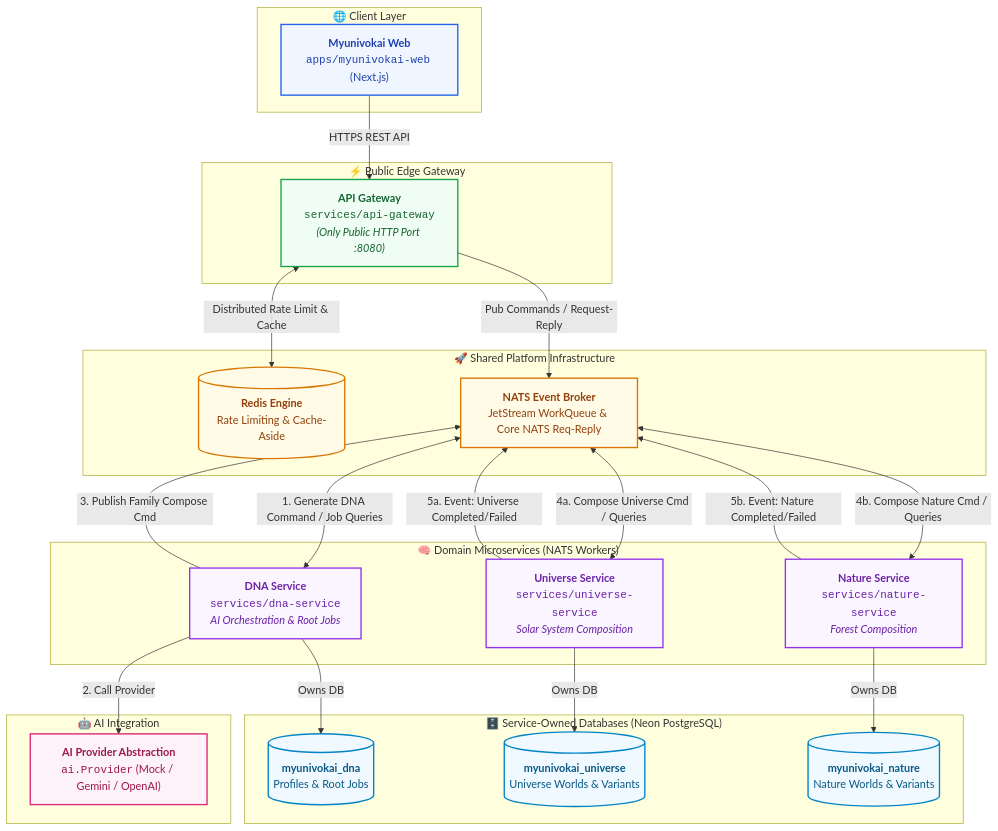
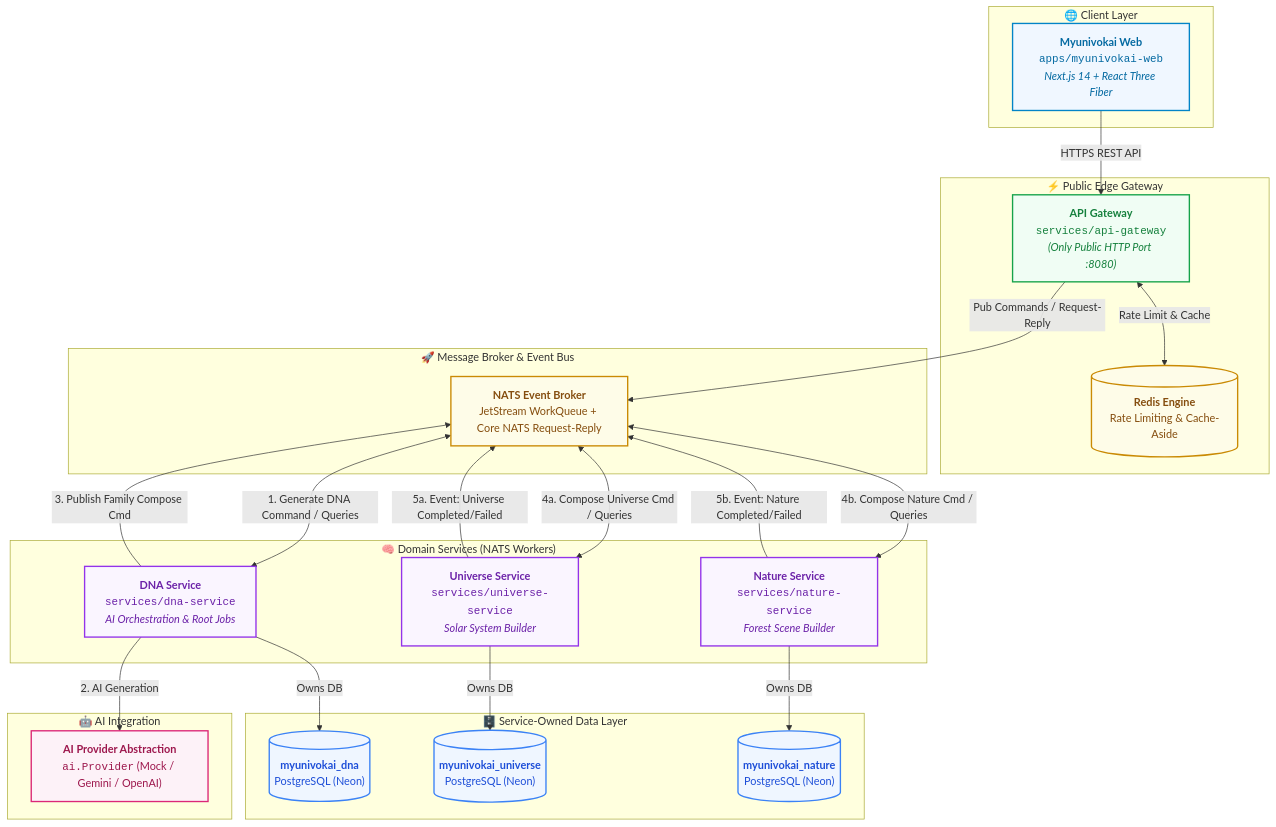
Before and after one commit to TuanTran0168/myunivokai: the diagram in README.md, drawn with Mermaid. The commit also changed other lines of this file, not shown here.

Commit message:
[UPDATE][DOCS][staging]: Streamline README content and refine architecture Mermaid diagram

````diff
--- a/README.md
+++ b/README.md
@@ -10,58 +7,58 @@
 ```mermaid
 flowchart TB
-  %% Class Definitions & Styling
-  classDef clientStyle fill:#eff6ff,stroke:#2563eb,stroke-width:2px,color:#1e40af;
-  classDef edgeStyle fill:#f0fdf4,stroke:#16a34a,stroke-width:2px,color:#166534;
-  classDef infraStyle fill:#fffbe6,stroke:#d97706,stroke-width:2px,color:#92400e;
-  classDef domainStyle fill:#faf5ff,stroke:#9333ea,stroke-width:2px,color:#6b21a8;
-  classDef aiStyle fill:#fdf2f8,stroke:#db2777,stroke-width:2px,color:#9d174d;
-  classDef dbStyle fill:#f0f9ff,stroke:#0284c7,stroke-width:2px,color:#075985;
+  %% Styling Tokens
+  classDef client fill:#f0f7ff,stroke:#0284c7,stroke-width:2px,color:#0369a1;
+  classDef edge fill:#f0fdf4,stroke:#16a34a,stroke-width:2px,color:#15803d;
+  classDef infra fill:#fefce8,stroke:#ca8a04,stroke-width:2px,color:#854d0e;
+  classDef domain fill:#faf5ff,stroke:#9333ea,stroke-width:2px,color:#6b21a8;
+  classDef ai fill:#fdf2f8,stroke:#db2777,stroke-width:2px,color:#9d174d;
+  classDef db fill:#eff6ff,stroke:#3b82f6,stroke-width:2px,color:#1d4ed8;
 
-  subgraph Client ["🌐 Client Layer"]
-    web["<b>Myunivokai Web</b><br/><code>apps/myunivokai-web</code> (Next.js)"]:::clientStyle
+  subgraph Layer1 ["🌐 Client Layer"]
+    web["<b>Myunivokai Web</b><br/><code>apps/myunivokai-web</code><br/><i>Next.js 14 + React Three Fiber</i>"]:::client
   end
 
-  subgraph Edge ["⚡ Public Edge Gateway"]
-    gateway["<b>API Gateway</b><br/><code>services/api-gateway</code><br/><i>(Only Public HTTP Port :8080)</i>"]:::edgeStyle
+  subgraph Layer2 ["⚡ Public Edge Gateway"]
+    gateway["<b>API Gateway</b><br/><code>services/api-gateway</code><br/><i>(Only Public HTTP Port :8080)</i>"]:::edge
+    redis[("<b>Redis Engine</b><br/>Rate Limiting & Cache-Aside")]:::infra
   end
 
-  subgraph Infra ["🚀 Shared Platform Infrastructure"]
-    redis[("<b>Redis Engine</b><br/>Rate Limiting & Cache-Aside")]:::infraStyle
-    nats["<b>NATS Event Broker</b><br/>JetStream WorkQueue & Core NATS Req-Reply"]:::infraStyle
+  subgraph Layer3 ["🚀 Message Broker & Event Bus"]
+    nats["<b>NATS Event Broker</b><br/>JetStream WorkQueue + Core NATS Request-Reply"]:::infra
   end
 
-  subgraph Domains ["🧠 Domain Microservices (NATS Workers)"]
-    dna["<b>DNA Service</b><br/><code>services/dna-service</code><br/><i>AI Orchestration & Root Jobs</i>"]:::domainStyle
-    universe["<b>Universe Service</b><br/><code>services/universe-service</code><br/><i>Solar System Composition</i>"]:::domainStyle
-    nature["<b>Nature Service</b><br/><code>services/nature-service</code><br/><i>Forest Composition</i>"]:::domainStyle
+  subgraph Layer4 ["🧠 Domain Services (NATS Workers)"]
+    dna["<b>DNA Service</b><br/><code>services/dna-service</code><br/><i>AI Orchestration & Root Jobs</i>"]:::domain
+    universe["<b>Universe Service</b><br/><code>services/universe-service</code><br/><i>Solar System Builder</i>"]:::domain
+    nature["<b>Nature Service</b><br/><code>services/nature-service</code><br/><i>Forest Scene Builder</i>"]:::domain
   end
 
-  subgraph Integration ["🤖 AI Integration"]
-    providers["<b>AI Provider Abstraction</b><br/><code>ai.Provider</code> (Mock / Gemini / OpenAI)"]:::aiStyle
+  subgraph Layer5 ["🤖 AI Integration"]
+    providers["<b>AI Provider Abstraction</b><br/><code>ai.Provider</code> (Mock / Gemini / OpenAI)"]:::ai
   end
 
-  subgraph Persistence ["🗄️ Service-Owned Databases (Neon PostgreSQL)"]
-    dnaDb[("<b>myunivokai_dna</b><br/>Profiles & Root Jobs")]:::dbStyle
-    universeDb[("<b>myunivokai_universe</b><br/>Universe Worlds & Variants")]:::dbStyle
-    natureDb[("<b>myunivokai_nature</b><br/>Nature Worlds & Variants")]:::dbStyle
+  subgraph Layer6 ["🗄️ Service-Owned Data Layer"]
+    dnaDb[("<b>myunivokai_dna</b><br/>PostgreSQL (Neon)")]:::db
+    universeDb[("<b>myunivokai_universe</b><br/>PostgreSQL (Neon)")]:::db
+    natureDb[("<b>myunivokai_nature</b><br/>PostgreSQL (Neon)")]:::db
   end
 
-  %% Relationships & Flow
+  %% Flow Connections
   web -->|"HTTPS REST API"| gateway
-  gateway <-->|"Distributed Rate Limit & Cache"| redis
+  gateway <-->|"Rate Limit & Cache"| redis
   gateway -->|"Pub Commands / Request-Reply"| nats
 
-  nats <-->|"1. Generate DNA Command / Job Queries"| dna
-  dna -->|"2. Call Provider"| providers
+  nats <-->|"1. Generate DNA Command / Queries"| dna
+  dna -->|"2. AI Generation"| providers
   dna -->|"3. Publish Family Compose Cmd"| nats
 
   nats <-->|"4a. Compose Universe Cmd / Queries"| universe
   nats <-->|"4b. Compose Nature Cmd / Queries"| nature
 
   universe -->|"5a. Event: Universe Completed/Failed"| nats
   nature -->|"5b. Event: Nature Completed/Failed"| nats
 
   dna -->|"Owns DB"| dnaDb
   universe -->|"Owns DB"| universeDb
   nature -->|"Owns DB"| natureDb
 ```
````
